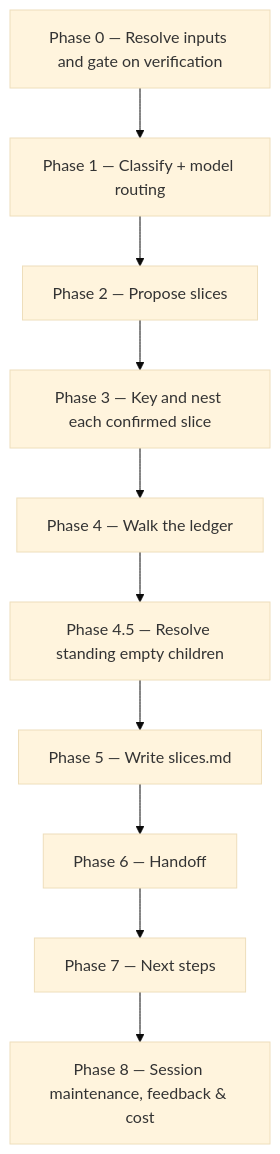
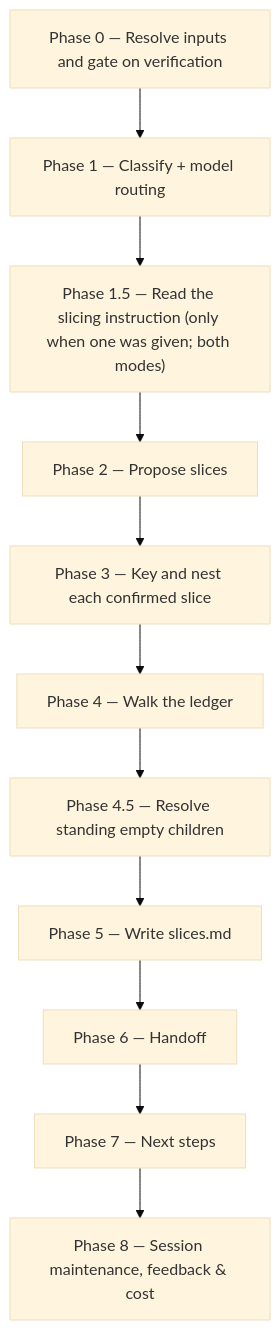
Before and after one commit to ihudak/ihudak-claude-plugins: the diagram in plugins/dev-workflows/docs/commands/brd-split.md, drawn with Mermaid (base theme). The commit also changed other lines of this file and 8 other files, not shown here.

First line of the commit message:
feat(brd): /brd-split takes an optional verbal slicing instruction

````diff
--- a/plugins/dev-workflows/docs/commands/brd-split.md
+++ b/plugins/dev-workflows/docs/commands/brd-split.md
@@ -61,12 +98,13 @@
 ```mermaid
 flowchart TD
     p0["Phase 0 — Resolve inputs and gate on verification"] --> p1["Phase 1 — Classify + model routing"]
-    p1 --> p2["Phase 2 — Propose slices"]
+    p1 --> p15["Phase 1.5 — Read the slicing instruction (only when one was given; both modes)"]
+    p15 --> p2["Phase 2 — Propose slices"]
     p2 --> p3["Phase 3 — Key and nest each confirmed slice"]
     p3 --> p4["Phase 4 — Walk the ledger"]
     p4 --> p45["Phase 4.5 — Resolve standing empty children"]
     p45 --> p5["Phase 5 — Write slices.md"]
     p5 --> p6["Phase 6 — Handoff"]
     p6 --> p7["Phase 7 — Next steps"]
     p7 --> p8["Phase 8 — Session maintenance, feedback & cost"]
 ```
````
